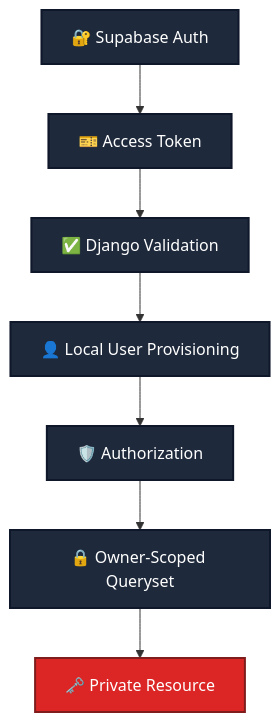
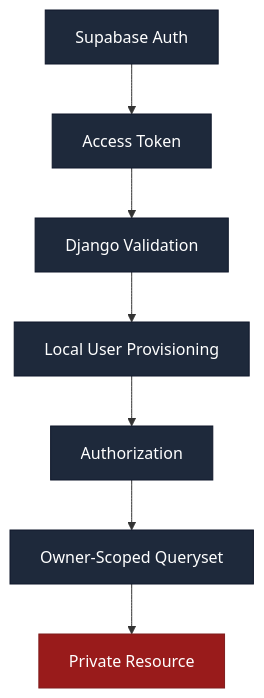
Before and after one commit to bbhavya34/StockLens: the sixth of 7 diagrams in README.md, drawn with Mermaid. The commit also changed other lines of this file, not shown here.

````diff
--- a/README.md
+++ b/README.md
@@ -558,15 +533,15 @@
 ```mermaid
 flowchart TB
-    A[🔐 Supabase Auth] --> B[🎫 Access Token]
-    B --> C[✅ Django Validation]
-    C --> D[👤 Local User Provisioning]
-    D --> E[🛡️ Authorization]
-    E --> F[🔒 Owner-Scoped Queryset]
-    F --> G[🗝️ Private Resource]
+    A[Supabase Auth] --> B[Access Token]
+    B --> C[Django Validation]
+    C --> D[Local User Provisioning]
+    D --> E[Authorization]
+    E --> F[Owner-Scoped Queryset]
+    F --> G[Private Resource]
 
-    classDef step fill:#1E293B,stroke:#0F172A,color:#fff,stroke-width:2px
-    classDef final fill:#DC2626,stroke:#7F1D1D,color:#fff,stroke-width:2px
+    classDef step fill:#1E293B,stroke:#0F172A,color:#fff,stroke-width:1px
+    classDef final fill:#991B1B,stroke:#7F1D1D,color:#fff,stroke-width:1px
 
     class A,B,C,D,E,F step
     class G final
 ```
````
